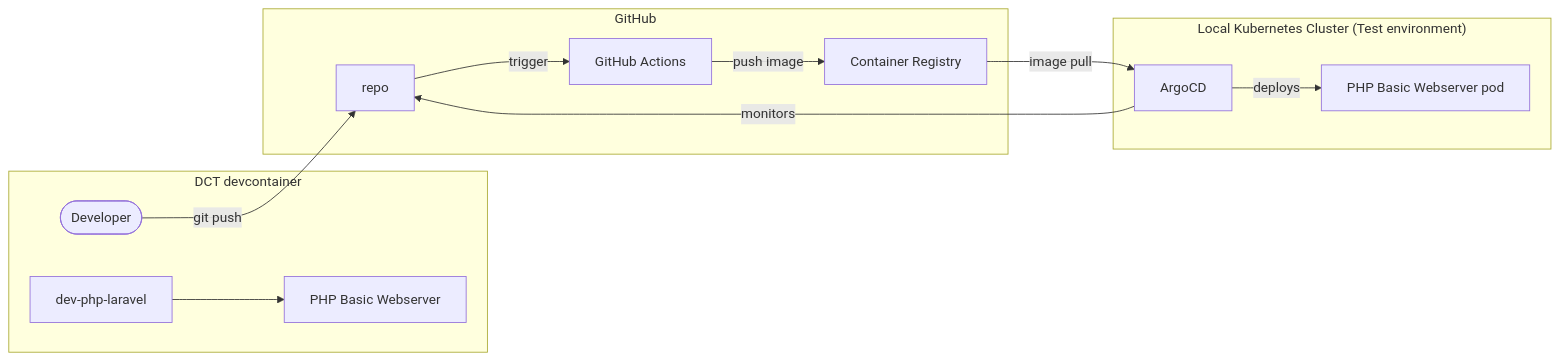
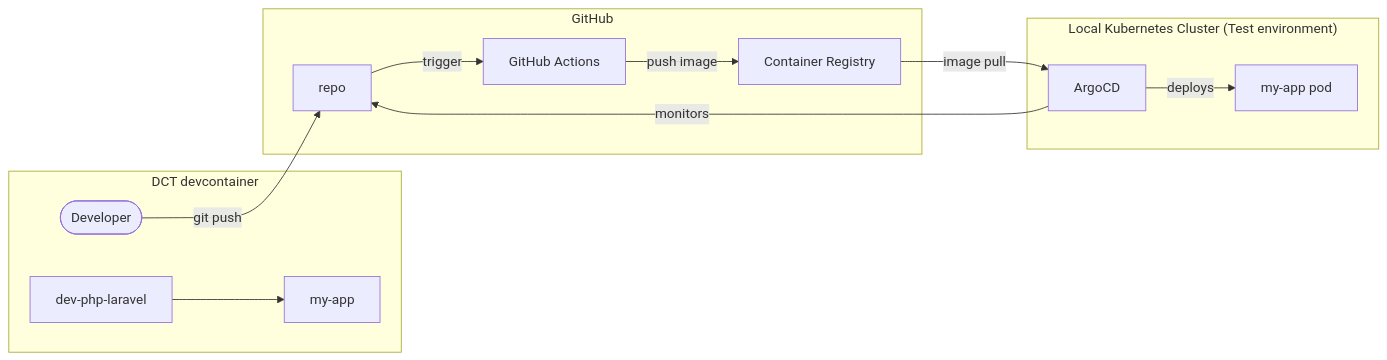
One commit to helpers-no/dev-templates changed the diagram in website/docs/templates/basic-web-server/php-basic-webserver.mdx. Above: the diagram before and after it, drawn with Mermaid. The commit also changed other lines of this file and 33 other files, not shown here.

First line of the commit message:
Schema cleanup: kill summary, split quickstart, add params/prerequisites/abstracts

````diff
--- a/website/docs/templates/basic-web-server/php-basic-webserver.mdx
+++ b/website/docs/templates/basic-web-server/php-basic-webserver.mdx
@@ -43,25 +43,25 @@
 ```mermaid
 flowchart LR
     subgraph dct["DCT devcontainer"]
         dev(["Developer"])
         dev_php_laravel["dev-php-laravel"]
-        app["PHP Basic Webserver"]
+        app["my-app"]
     end
     subgraph k8s["Local Kubernetes Cluster (Test environment)"]
         argo["ArgoCD"]
-        pod["PHP Basic Webserver pod"]
+        pod["my-app pod"]
     end
     subgraph gh["GitHub"]
         repo["repo"]
         actions["GitHub Actions"]
         ghcr["Container Registry"]
     end
 
     dev_php_laravel --> app
     dev -->|git push| repo
     repo -->|trigger| actions
     actions -->|push image| ghcr
     argo -->|monitors| repo
     ghcr -->|image pull| argo
     argo -->|deploys| pod
 ```
````
